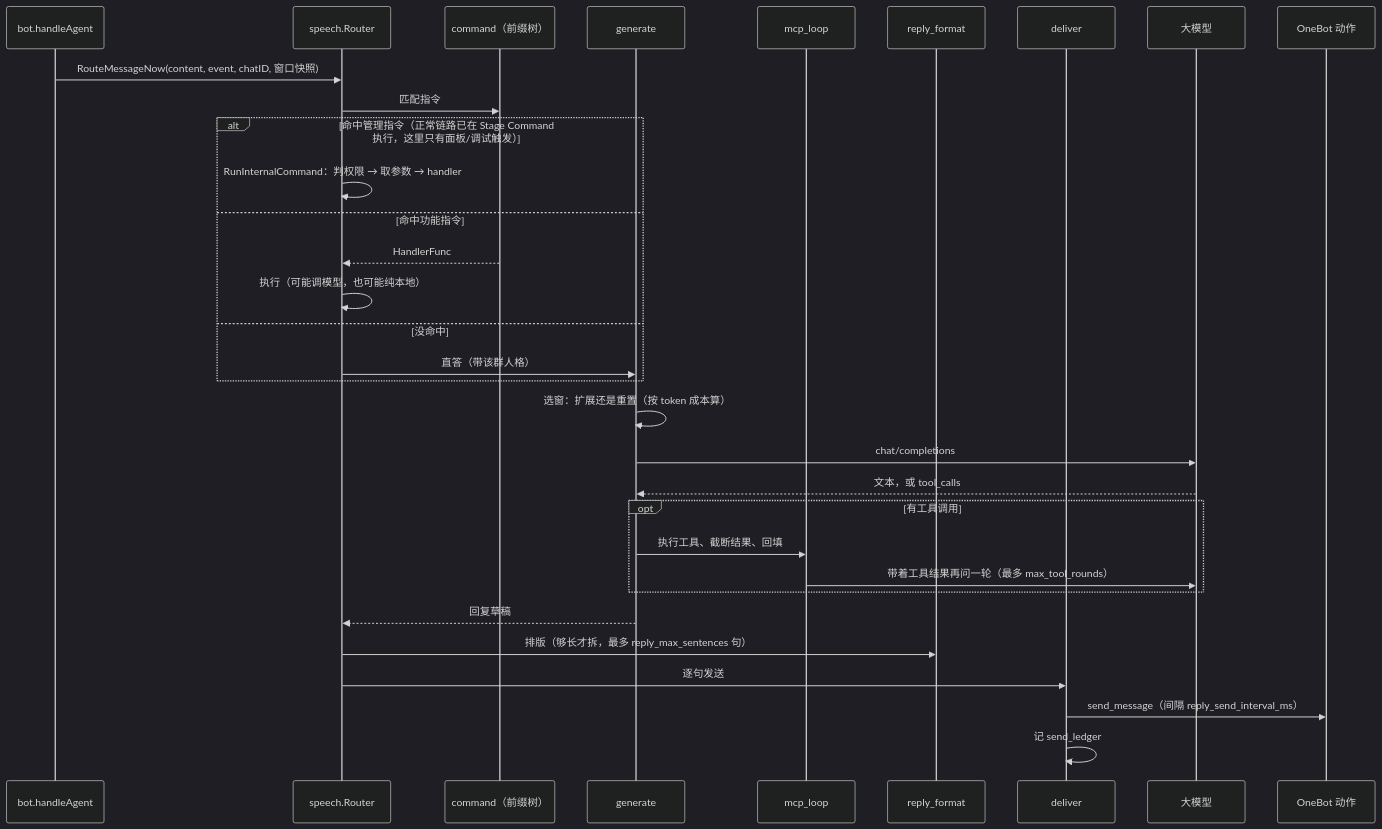
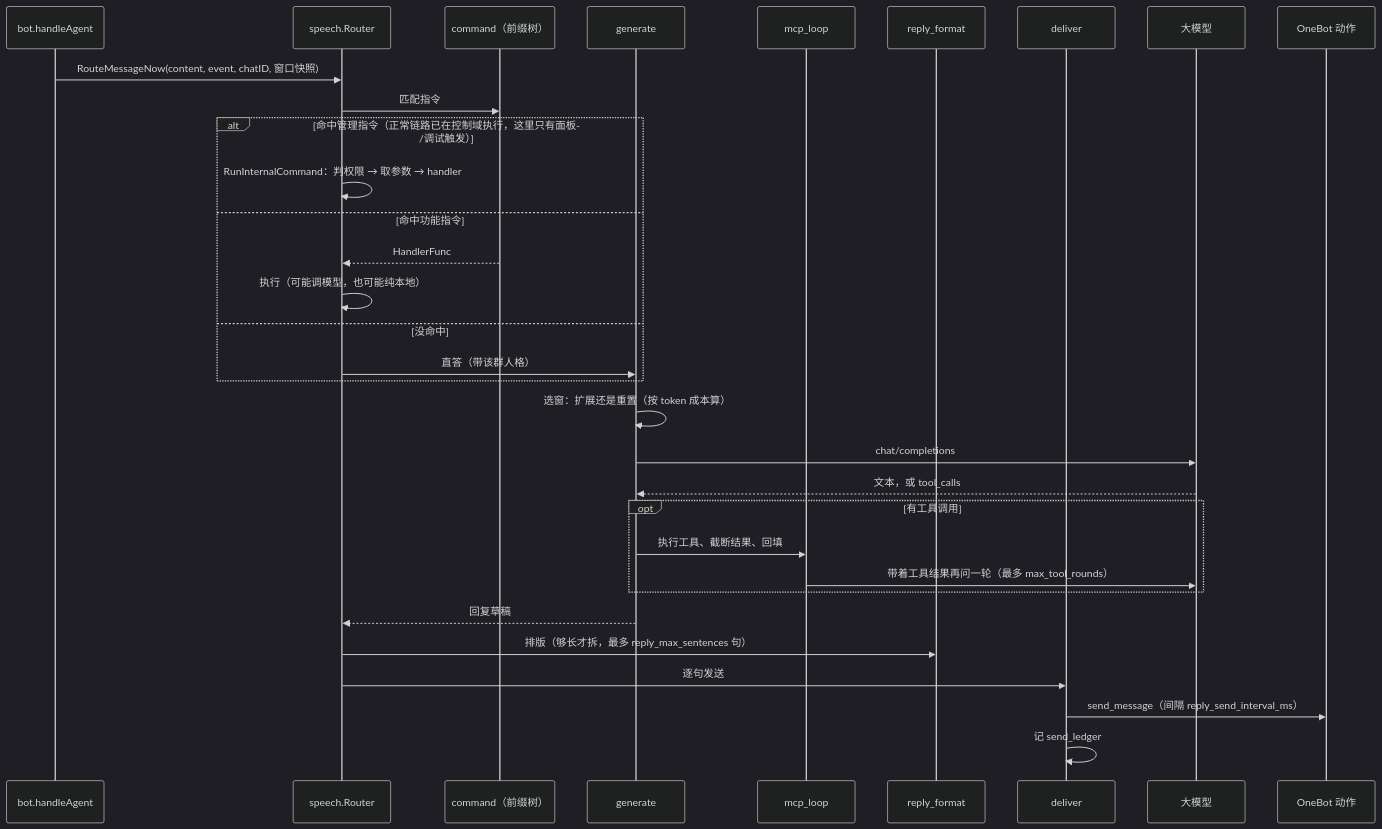
One commit to CanWeakerWriteStrongCode/good-review-master changed the diagram in docs/domains/speech.md. Above: the diagram before and after it, drawn with Mermaid (dark theme). The commit also changed other lines of this file and 32 other files, not shown here.

````diff
--- a/docs/domains/speech.md
+++ b/docs/domains/speech.md
@@ -59,35 +59,35 @@
 ```mermaid
 sequenceDiagram
   participant B as bot.handleAgent
   participant R as speech.Router
   participant C as command（前缀树）
   participant G as generate
   participant K as mcp_loop
   participant F as reply_format
   participant D as deliver
   participant L as 大模型
   participant O as OneBot 动作
 
   B->>R: RouteMessageNow(content, event, chatID, 窗口快照)
   R->>C: 匹配指令
-  alt 命中管理指令（正常链路已在 Stage Command 执行，这里只有面板/调试触发）
+  alt 命中管理指令（正常链路已在控制域执行，这里只有面板/调试触发）
     R->>R: RunInternalCommand：判权限 → 取参数 → handler
   else 命中功能指令
     C-->>R: HandlerFunc
     R->>R: 执行（可能调模型，也可能纯本地）
   else 没命中
     R->>G: 直答（带该群人格）
   end
   G->>G: 选窗：扩展还是重置（按 token 成本算）
   G->>L: chat/completions
   L-->>G: 文本，或 tool_calls
   opt 有工具调用
     G->>K: 执行工具、截断结果、回填
     K->>L: 带着工具结果再问一轮（最多 max_tool_rounds）
   end
   G-->>R: 回复草稿
   R->>F: 排版（够长才拆，最多 reply_max_sentences 句）
   R->>D: 逐句发送
   D->>O: send_message（间隔 reply_send_interval_ms）
   D->>D: 记 send_ledger
 ```
````
